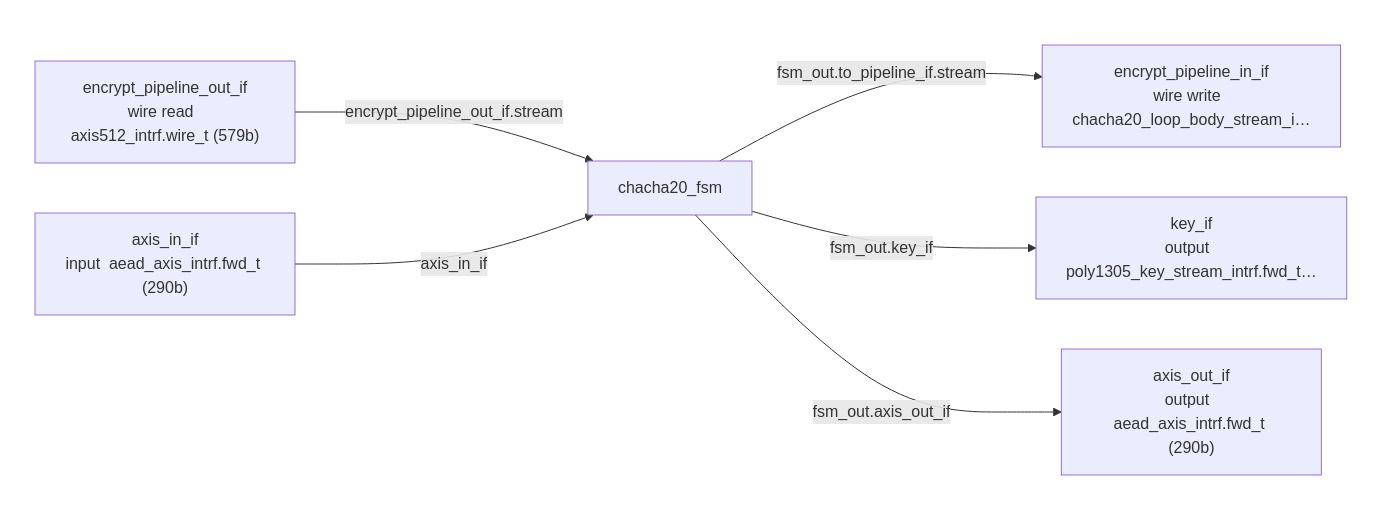
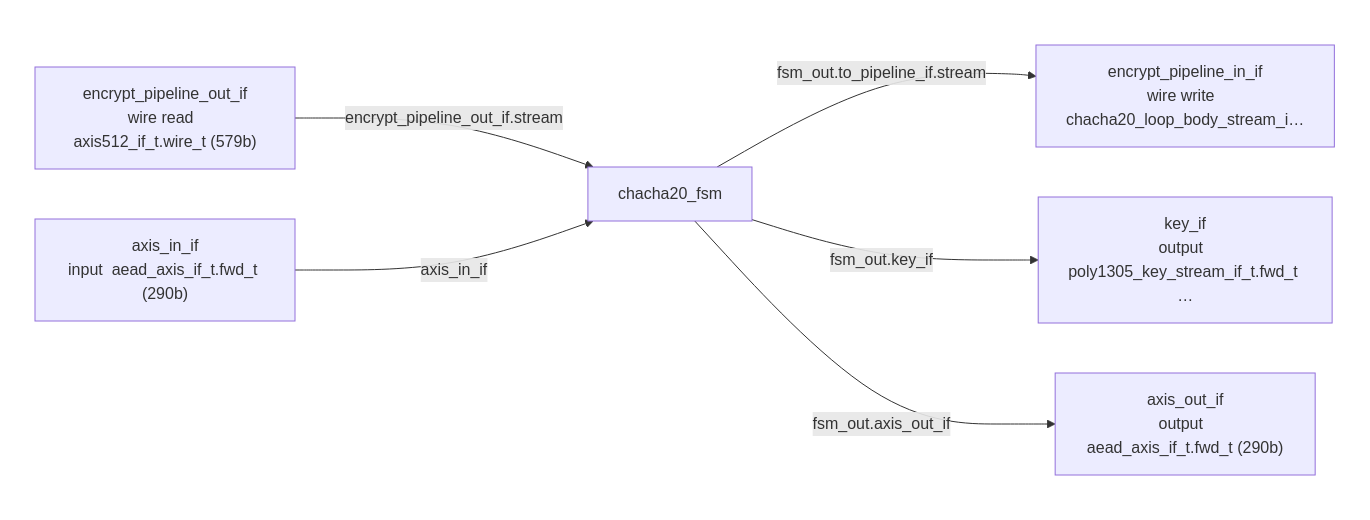
One commit to chili-chips/wireguard-fpga changed the fifth of 5 diagrams in 3.build/pypeline_build/src/chacha20/chacha20_design.md. Above: the diagram before and after it, drawn with Mermaid. The commit also changed other lines of this file and 31 other files, not shown here.

````diff
--- a/3.build/pypeline_build/src/chacha20/chacha20_design.md
+++ b/3.build/pypeline_build/src/chacha20/chacha20_design.md
@@ -212,21 +212,21 @@
 ```mermaid
 flowchart LR
     n5["chacha20_fsm"]
     subgraph inputs[" "]
-        n0["encrypt_pipeline_out_if<br>wire read  axis512_intrf.wire_t (579b)"]
-        n2["axis_in_if<br>input  aead_axis_intrf.fwd_t (290b)"]
+        n0["encrypt_pipeline_out_if<br>wire read  axis512_if_t.wire_t (579b)"]
+        n2["axis_in_if<br>input  aead_axis_if_t.fwd_t (290b)"]
     end
     style inputs fill:none,stroke:none
     subgraph outputs[" "]
         n1["encrypt_pipeline_in_if<br>wire write  chacha20_loop_body_stream_i…"]
-        n3["key_if<br>output  poly1305_key_stream_intrf.fwd_t…"]
-        n4["axis_out_if<br>output  aead_axis_intrf.fwd_t (290b)"]
+        n3["key_if<br>output  poly1305_key_stream_if_t.fwd_t …"]
+        n4["axis_out_if<br>output  aead_axis_if_t.fwd_t (290b)"]
     end
     style outputs fill:none,stroke:none
     n0 -->|"encrypt_pipeline_out_if.stream"| n5
     n2 -->|"axis_in_if"| n5
     n5 -->|"fsm_out.to_pipeline_if.stream"| n1
     n5 -->|"fsm_out.key_if"| n3
     n5 -->|"fsm_out.axis_out_if"| n4
     n5 ~~~ n1
 ```
````
